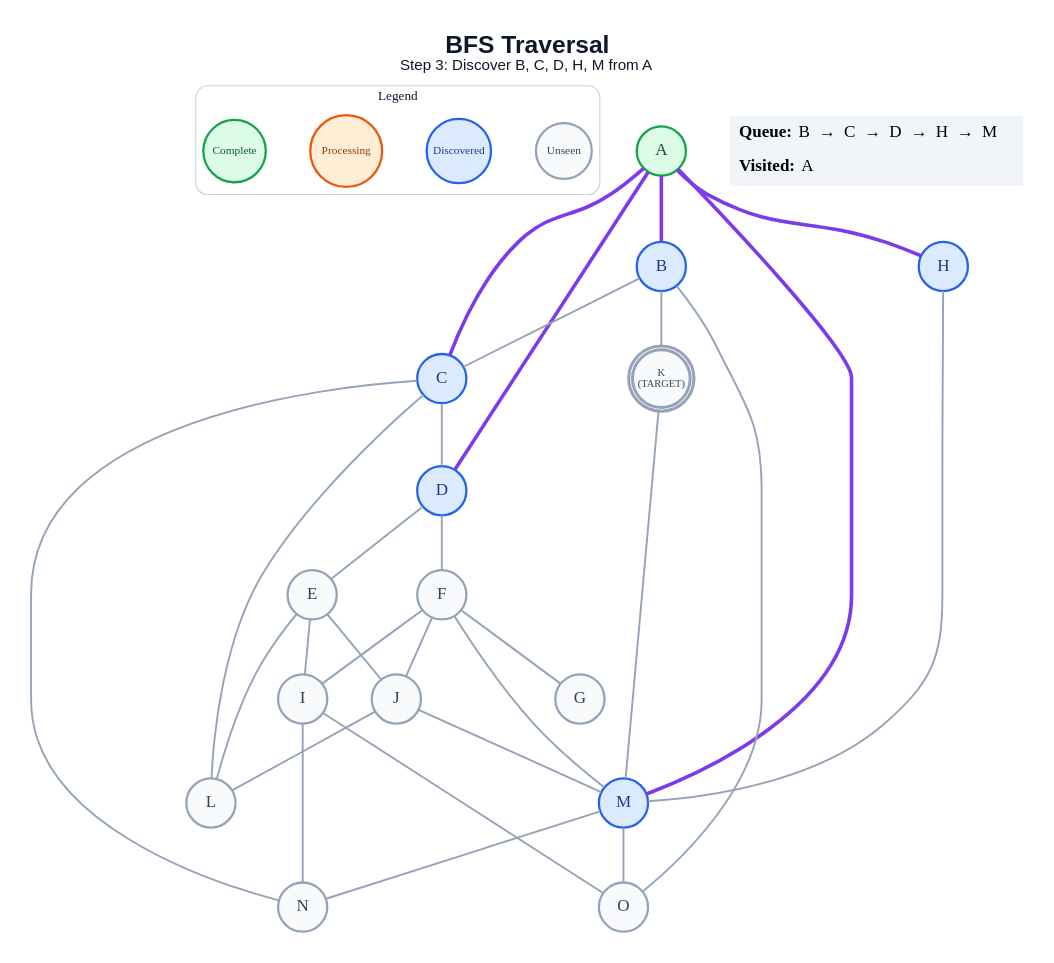
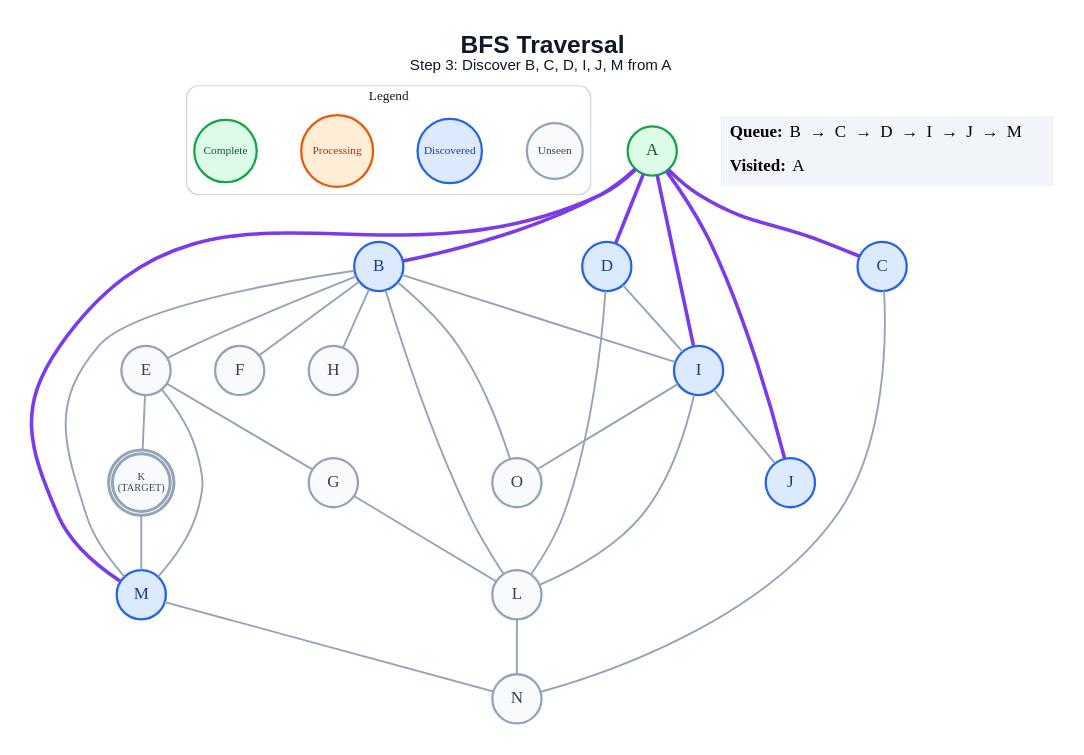
The diagram in generated/specific-node/bfs/step_03.dot (anon7238593-create/ai-slop), drawn with Graphviz before and after one commit. The commit also changed 223 other files, not shown here.

```diff
--- a/generated/specific-node/bfs/step_03.dot
+++ b/generated/specific-node/bfs/step_03.dot
@@ -1,62 +1,60 @@
 graph traversal {
   graph [layout=dot, rankdir=TB, bgcolor="#FFFFFF", pad="0.35", nodesep="0.65", ranksep="0.8", fontname="Arial"];
   node [shape=circle, style="filled", fontname="Arial Bold", fontsize=18, width=0.72, fixedsize=true, penwidth=2.4];
   edge [color="#94A3B8", penwidth=2.0];
-  label=<<B>BFS Traversal</B><BR/><FONT POINT-SIZE="16">Step 3: Discover B, C, D, H, M from A</FONT>>; labelloc="t"; fontsize=26; fontname="Arial"; fontcolor="#0F172A";
+  label=<<B>BFS Traversal</B><BR/><FONT POINT-SIZE="16">Step 3: Discover B, C, D, I, J, M from A</FONT>>; labelloc="t"; fontsize=26; fontname="Arial"; fontcolor="#0F172A";
   subgraph cluster_legend { label="Legend"; color="#CBD5E1"; penwidth=1.2; style="rounded"; fontsize=14; fontname="Arial Bold";
     key_unseen [label="Unseen", fillcolor="#F8FAFC", color="#94A3B8", fontcolor="#334155", fontsize=12, width=0.82];
     key_frontier [label="Discovered", fillcolor="#DBEAFE", color="#2563EB", fontcolor="#1E3A8A", fontsize=12, width=0.95];
     key_current [label="Processing", fillcolor="#FFEDD5", color="#EA580C", fontcolor="#9A3412", fontsize=12, width=1.05];
     key_done [label="Complete", fillcolor="#DCFCE7", color="#16A34A", fontcolor="#14532D", fontsize=12, width=0.92];
     { rank=same; key_unseen; key_frontier; key_current; key_done; }
   }
   A [label="A", fillcolor="#DCFCE7", color="#16A34A", fontcolor="#14532D", peripheries=1, penwidth=2.4];
   B [label="B", fillcolor="#DBEAFE", color="#2563EB", fontcolor="#1E3A8A", peripheries=1, penwidth=2.4];
   C [label="C", fillcolor="#DBEAFE", color="#2563EB", fontcolor="#1E3A8A", peripheries=1, penwidth=2.4];
   D [label="D", fillcolor="#DBEAFE", color="#2563EB", fontcolor="#1E3A8A", peripheries=1, penwidth=2.4];
   E [label="E", fillcolor="#F8FAFC", color="#94A3B8", fontcolor="#334155", peripheries=1, penwidth=2.4];
   F [label="F", fillcolor="#F8FAFC", color="#94A3B8", fontcolor="#334155", peripheries=1, penwidth=2.4];
   G [label="G", fillcolor="#F8FAFC", color="#94A3B8", fontcolor="#334155", peripheries=1, penwidth=2.4];
-  H [label="H", fillcolor="#DBEAFE", color="#2563EB", fontcolor="#1E3A8A", peripheries=1, penwidth=2.4];
-  I [label="I", fillcolor="#F8FAFC", color="#94A3B8", fontcolor="#334155", peripheries=1, penwidth=2.4];
-  J [label="J", fillcolor="#F8FAFC", color="#94A3B8", fontcolor="#334155", peripheries=1, penwidth=2.4];
+  H [label="H", fillcolor="#F8FAFC", color="#94A3B8", fontcolor="#334155", peripheries=1, penwidth=2.4];
+  I [label="I", fillcolor="#DBEAFE", color="#2563EB", fontcolor="#1E3A8A", peripheries=1, penwidth=2.4];
+  J [label="J", fillcolor="#DBEAFE", color="#2563EB", fontcolor="#1E3A8A", peripheries=1, penwidth=2.4];
   K [label="K\n(TARGET)", fillcolor="#F8FAFC", color="#94A3B8", fontcolor="#334155", peripheries=2, penwidth=3.2, fontsize=11, width=0.85, height=0.85];
   L [label="L", fillcolor="#F8FAFC", color="#94A3B8", fontcolor="#334155", peripheries=1, penwidth=2.4];
   M [label="M", fillcolor="#DBEAFE", color="#2563EB", fontcolor="#1E3A8A", peripheries=1, penwidth=2.4];
   N [label="N", fillcolor="#F8FAFC", color="#94A3B8", fontcolor="#334155", peripheries=1, penwidth=2.4];
   O [label="O", fillcolor="#F8FAFC", color="#94A3B8", fontcolor="#334155", peripheries=1, penwidth=2.4];
   A -- B [color="#7C3AED", penwidth=3.8];
   A -- C [color="#7C3AED", penwidth=3.8];
   A -- D [color="#7C3AED", penwidth=3.8];
-  A -- H [color="#7C3AED", penwidth=3.8];
+  A -- I [color="#7C3AED", penwidth=3.8];
+  A -- J [color="#7C3AED", penwidth=3.8];
   A -- M [color="#7C3AED", penwidth=3.8];
-  B -- C;
-  B -- K;
+  B -- E;
+  B -- F;
+  B -- H;
+  B -- I;
+  B -- L;
+  B -- M;
   B -- O;
-  C -- D;
-  C -- L;
   C -- N;
-  D -- E;
-  D -- F;
-  E -- I;
-  E -- J;
-  E -- L;
-  F -- G;
-  F -- I;
-  F -- J;
-  F -- M;
-  H -- M;
-  I -- N;
+  D -- I;
+  D -- L;
+  E -- G;
+  E -- K;
+  E -- M;
+  G -- L;
+  I -- J;
+  I -- L;
   I -- O;
-  J -- L;
-  J -- M;
   K -- M;
+  L -- N;
   M -- N;
-  M -- O;
   status [shape=plain, fixedsize=false, width=0, height=0, margin=0, label=<
     <TABLE BORDER="0" CELLBORDER="0" CELLPADDING="7" BGCOLOR="#F1F5F9">
-      <TR><TD ALIGN="LEFT"><B>Queue:</B> B  →  C  →  D  →  H  →  M</TD></TR>
+      <TR><TD ALIGN="LEFT"><B>Queue:</B> B  →  C  →  D  →  I  →  J  →  M</TD></TR>
       <TR><TD ALIGN="LEFT"><B>Visited:</B> A</TD></TR>
     </TABLE>
   >];
 }
```
